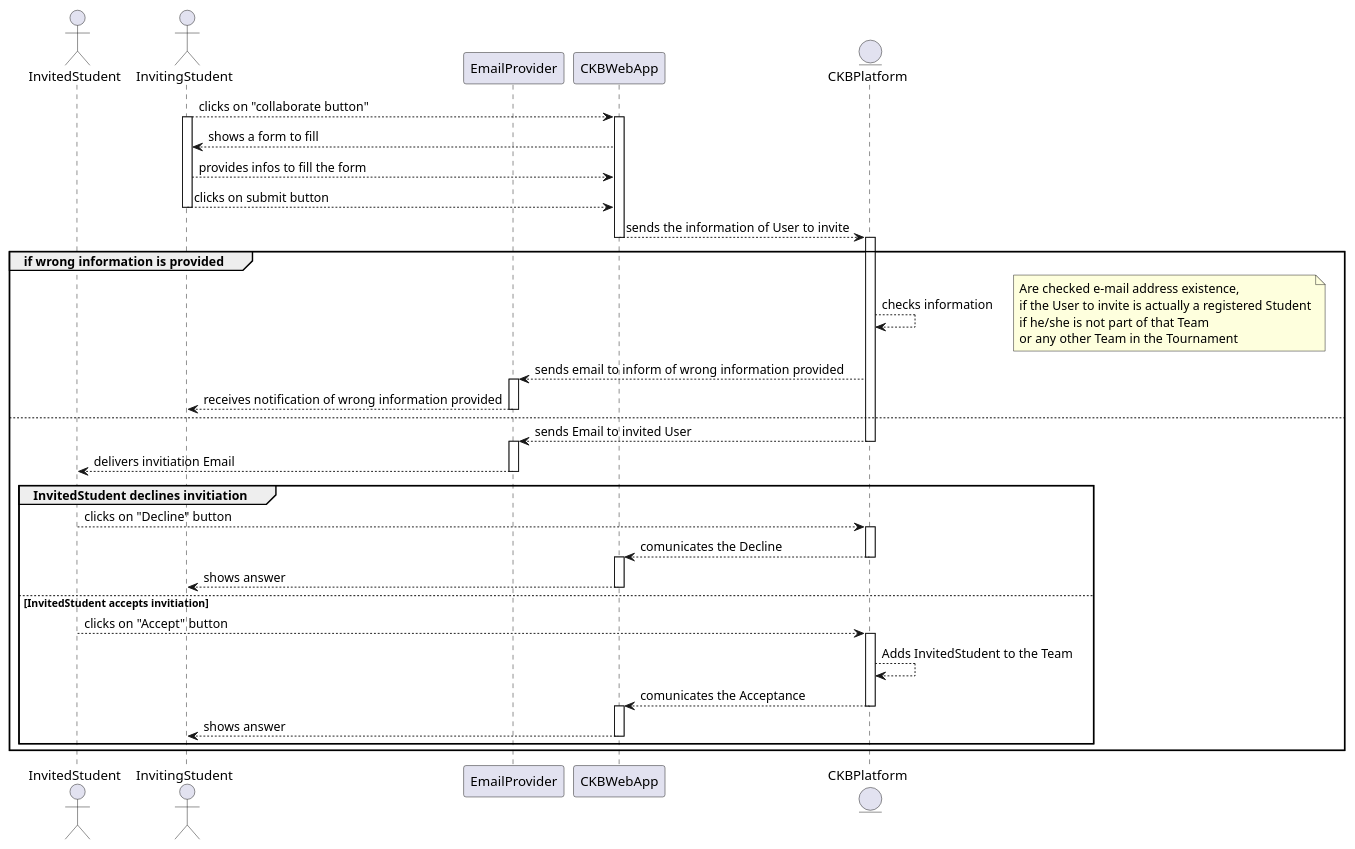
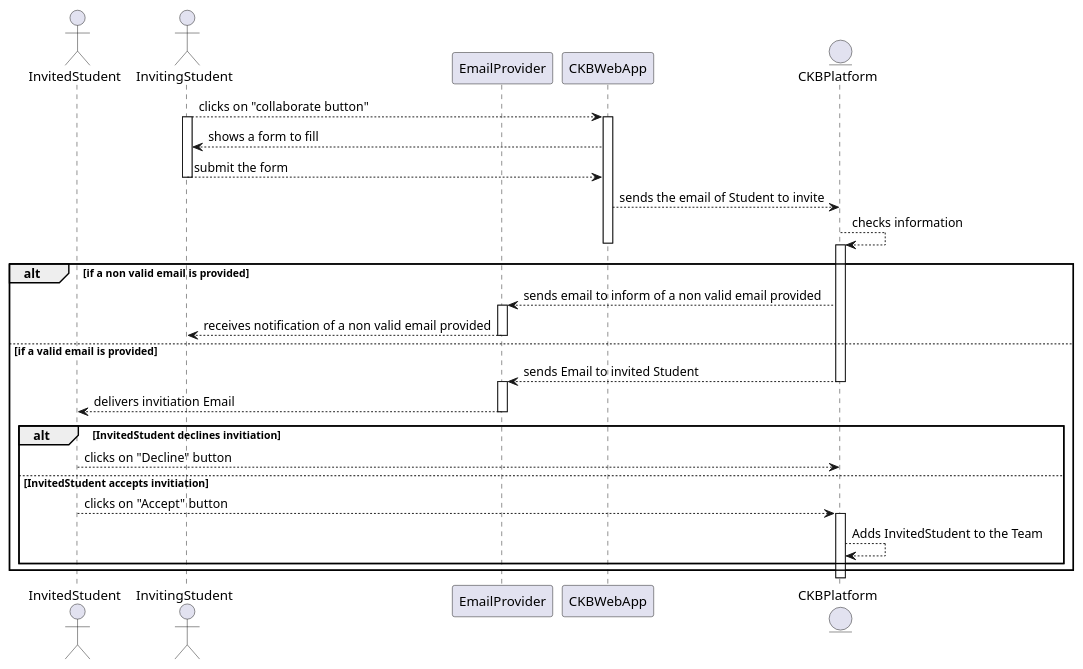
Before and after one commit to Angelo7672/SE2_Requirement-and-Design-Document: the diagram in _RASD/Images/UML/sequenceDiagram/sequenceDiagramUC4b.wsd, drawn with PlantUML. The commit also changed 6 other files, not shown here.

Commit message:
sequence diagram fix

```diff
--- a/_RASD/Images/UML/sequenceDiagram/sequenceDiagramUC4b.wsd
+++ b/_RASD/Images/UML/sequenceDiagram/sequenceDiagramUC4b.wsd
@@ -1,55 +1,38 @@
 @startuml
 actor InvitedStudent as UB
 actor InvitingStudent as UA
 participant EmailProvider as E
 participant CKBWebApp as A
 entity CKBPlatform as P
 
 UA--->A: clicks on "collaborate button"
 activate UA
 activate A
 UA<---A: shows a form to fill 
-UA--->A: provides infos to fill the form
-UA--->A: clicks on submit button
+UA--->A: submit the form
 deactivate UA
-A---->P: sends the information of User to invite
+A---->P: sends the email of Student to invite
+P-->P: checks information
 deactivate A
-group if wrong information is provided
+alt if a non valid email is provided
     activate P
-    P-->P: checks information
-        note right
-        Are checked e-mail address existence,
-        if the User to invite is actually a registered Student
-        if he/she is not part of that Team 
-        or any other Team in the Tournament
-    end note
-    P-->E: sends email to inform of wrong information provided
+    P-->E: sends email to inform of a non valid email provided
     activate E
-    E-->UA: receives notification of wrong information provided
+    E-->UA: receives notification of a non valid email provided
     deactivate E
-else
-P---->E: sends Email to invited User
+else if a valid email is provided
+P---->E: sends Email to invited Student
 deactivate P
 activate E
 E---->UB: delivers invitiation Email
 deactivate E
-group InvitedStudent declines invitiation
+
+alt InvitedStudent declines invitiation
     UB--->P: clicks on "Decline" button
-    activate P
-    P---->A: comunicates the Decline
-    deactivate P
-    activate A
-    A---->UA: shows answer 
-    deactivate A
 else InvitedStudent accepts invitiation
     UB--->P: clicks on "Accept" button
     activate P
     P--->P: Adds InvitedStudent to the Team
-    P---->A: comunicates the Acceptance
-    deactivate P
-    activate A
-    A---->UA: shows answer
-    deactivate A
 end 
 end 
 @enduml
```
